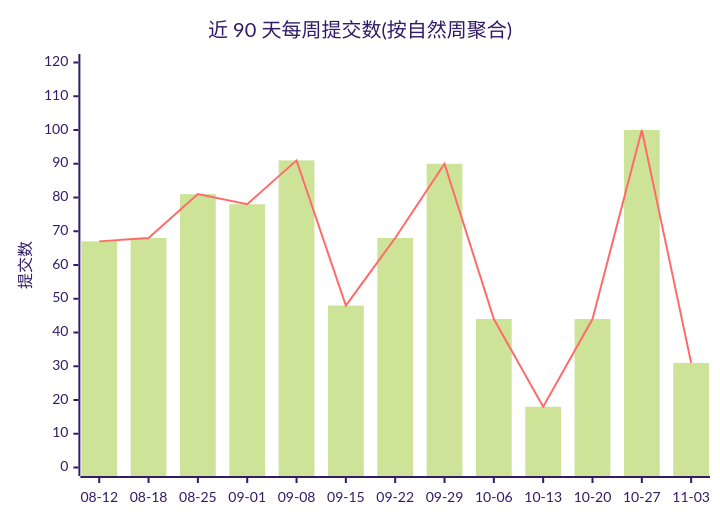
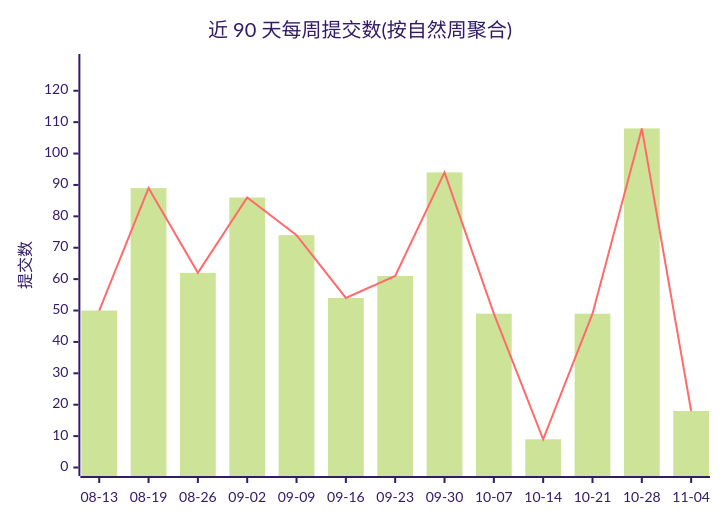
The first of 2 diagrams in profile/README.md (Conflux-Union/.github), drawn with Mermaid (forest theme) before and after one commit. The commit also changed other lines of this file and 1 other file, not shown here.

Commit message:
chore(stats): refresh org commit stats

````diff
--- a/profile/README.md
+++ b/profile/README.md
@@ -47,8 +47,8 @@
 ```mermaid
 xychart-beta
     title "近 90 天每周提交数(按自然周聚合)"
-    x-axis ["08-12", "08-18", "08-25", "09-01", "09-08", "09-15", "09-22", "09-29", "10-06", "10-13", "10-20", "10-27", "11-03"]
-    y-axis "提交数" 0 --> 120
-    bar [67, 68, 81, 78, 91, 48, 68, 90, 44, 18, 44, 100, 31]
-    line [67, 68, 81, 78, 91, 48, 68, 90, 44, 18, 44, 100, 31]
+    x-axis ["08-13", "08-19", "08-26", "09-02", "09-09", "09-16", "09-23", "09-30", "10-07", "10-14", "10-21", "10-28", "11-04"]
+    y-axis "提交数" 0 --> 129
+    bar [50, 89, 62, 86, 74, 54, 61, 94, 49, 9, 49, 108, 18]
+    line [50, 89, 62, 86, 74, 54, 61, 94, 49, 9, 49, 108, 18]
 ```
````
